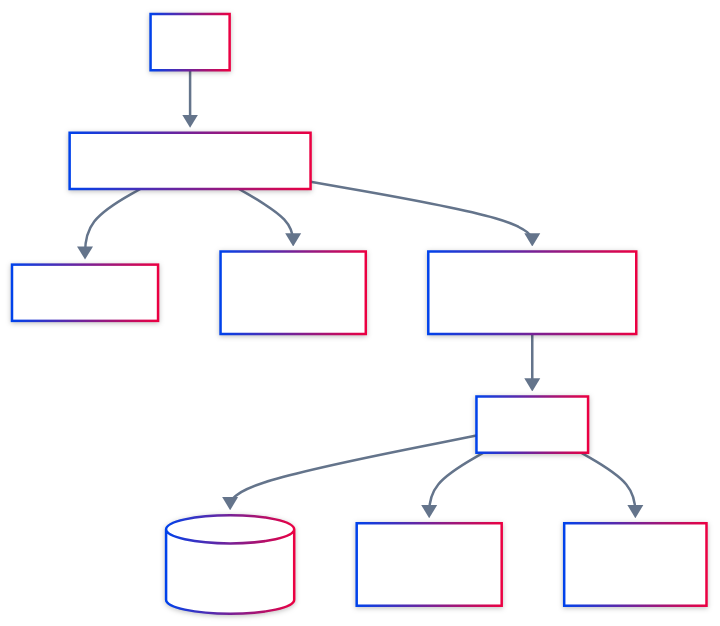
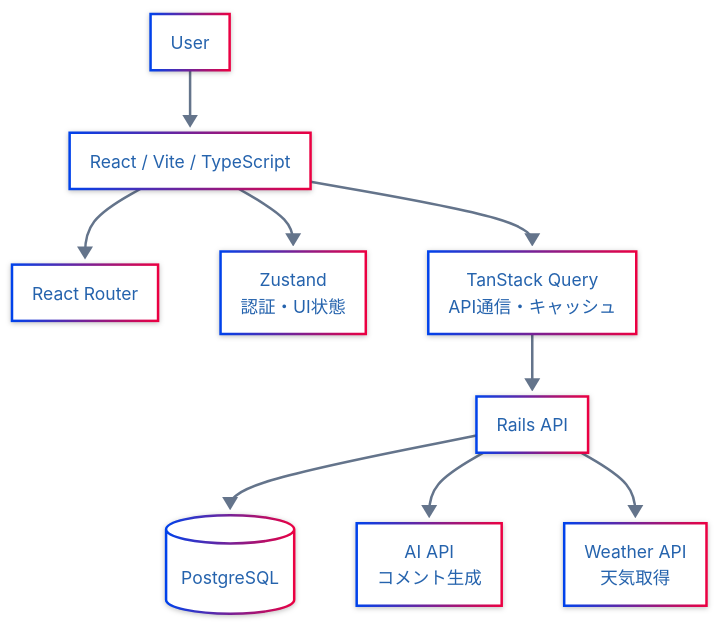
The diagram in README.md (yuji-2293/ColorMirror_Re), drawn with Mermaid before and after one commit.

````diff
--- a/README.md
+++ b/README.md
@@ -6,33 +6,33 @@
 ```mermaid
 ---
 config:
 
   theme: neo
 
   look: neo
 
   layout: fixed
 
   themeVariables:
 
     primaryColor: "#2563eb"
 
-    primaryTextColor: "#0000"
+    primaryTextColor: "#2563ad"
 
     primaryBorderColor: "#1d4ed8"
 
     lineColor: "#64748b"
 
     secondaryColor: "#f8fafc"
 
     tertiaryColor: "#e2e8f0"
 
     fontFamily: "Inter"   
 ---
 flowchart TB
     User["User"] --> React["React / Vite / TypeScript"]
     React --> Router["React Router"] & Zustand["Zustand<br>認証・UI状態"] & Query["TanStack Query<br>API通信・キャッシュ"]
     Query --> Rails["Rails API"]
     Rails --> DB[("PostgreSQL")] & AI["AI API<br>コメント生成"] & Weather["Weather API<br>天気取得"]
     
 ```
````
